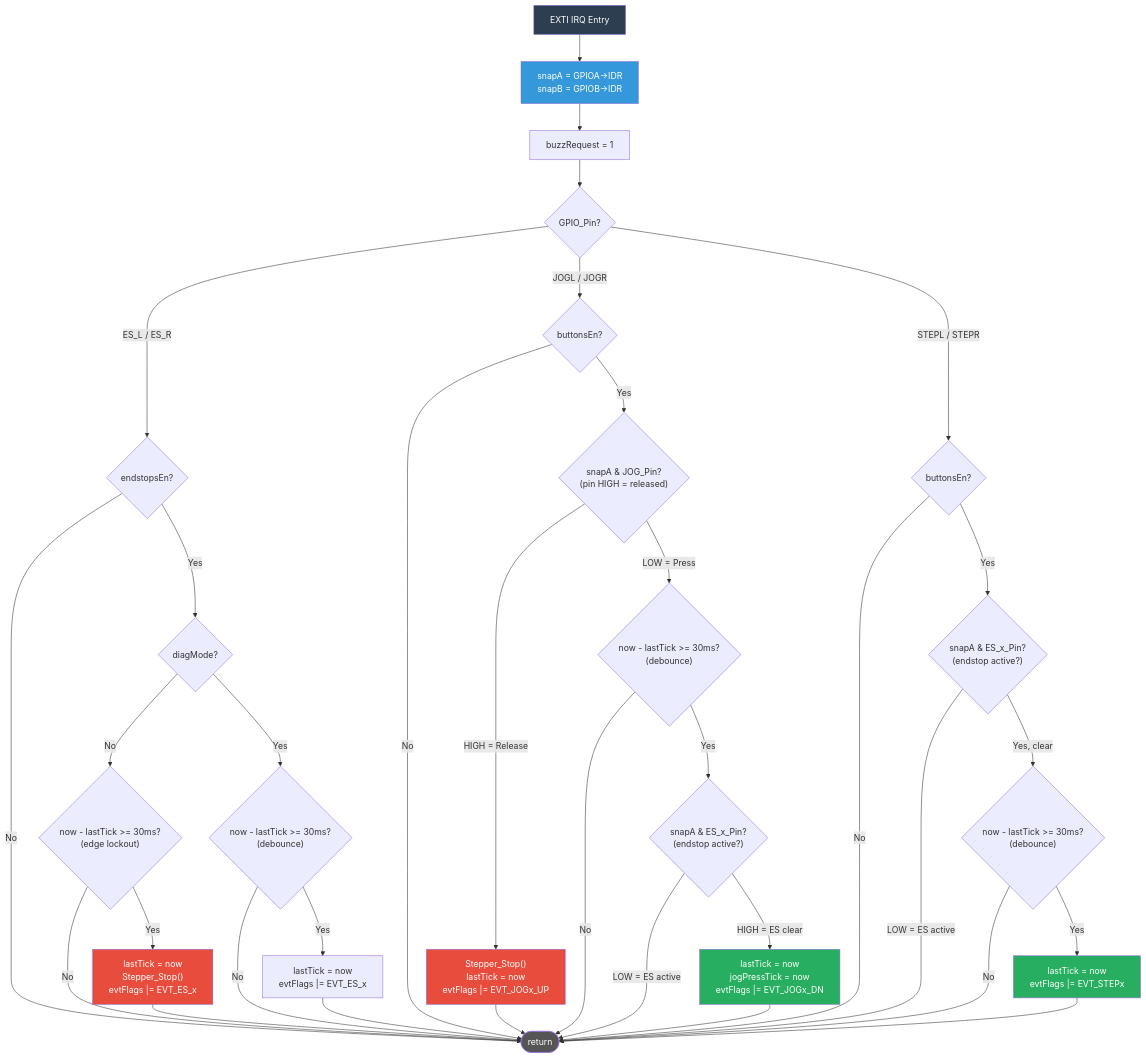
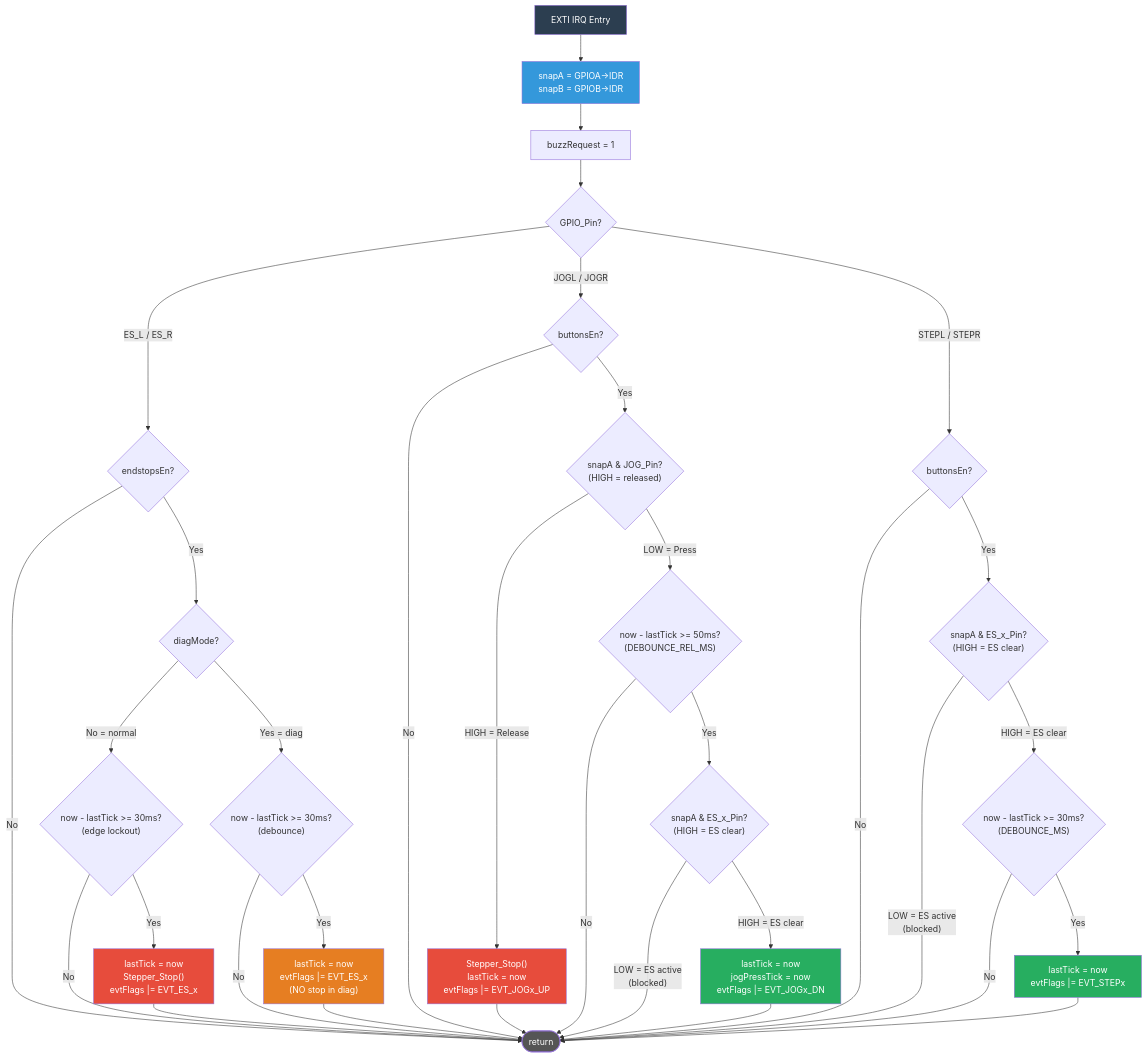
Before and after one commit to smooker/scstepper: the diagram in docs/exti_isr_flow.md, drawn with Mermaid. The commit also changed other lines of this file and 4 other files, not shown here.

First line of the commit message:
Fix jog bounce re-press, update docs and ISR flow diagram

````diff
--- a/docs/exti_isr_flow.md
+++ b/docs/exti_isr_flow.md
@@ -3,55 +3,56 @@
 ```mermaid
 flowchart TD
     ENTRY[EXTI IRQ Entry] --> SNAP["snapA = GPIOA->IDR\nsnapB = GPIOB->IDR"]
     SNAP --> BEEP[buzzRequest = 1]
     BEEP --> SW{GPIO_Pin?}
 
     %% ---- Endstops ----
     SW -->|ES_L / ES_R| ES_EN{endstopsEn?}
     ES_EN -->|No| EXIT([return])
     ES_EN -->|Yes| ES_DIAG{diagMode?}
 
-    ES_DIAG -->|No| ES_LOCK{"now - lastTick >= 30ms?\n(edge lockout)"}
+    ES_DIAG -->|No = normal| ES_LOCK{"now - lastTick >= 30ms?\n(edge lockout)"}
     ES_LOCK -->|No| EXIT
     ES_LOCK -->|Yes| ES_ACT["lastTick = now\nStepper_Stop()\nevtFlags |= EVT_ES_x"]
     ES_ACT --> EXIT
 
-    ES_DIAG -->|Yes| ES_DEB{"now - lastTick >= 30ms?\n(debounce)"}
+    ES_DIAG -->|Yes = diag| ES_DEB{"now - lastTick >= 30ms?\n(debounce)"}
     ES_DEB -->|No| EXIT
-    ES_DEB -->|Yes| ES_DACT["lastTick = now\nevtFlags |= EVT_ES_x"]
+    ES_DEB -->|Yes| ES_DACT["lastTick = now\nevtFlags |= EVT_ES_x\n(NO stop in diag)"]
     ES_DACT --> EXIT
 
     %% ---- Jog buttons ----
     SW -->|JOGL / JOGR| JOG_EN{buttonsEn?}
     JOG_EN -->|No| EXIT
-    JOG_EN -->|Yes| JOG_EDGE{"snapA & JOG_Pin?\n(pin HIGH = released)"}
+    JOG_EN -->|Yes| JOG_EDGE{"snapA & JOG_Pin?\n(HIGH = released)"}
 
     JOG_EDGE -->|HIGH = Release| JOG_REL["Stepper_Stop()\nlastTick = now\nevtFlags |= EVT_JOGx_UP"]
     JOG_REL --> EXIT
 
-    JOG_EDGE -->|LOW = Press| JOG_DEB{"now - lastTick >= 30ms?\n(debounce)"}
+    JOG_EDGE -->|LOW = Press| JOG_DEB{"now - lastTick >= 50ms?\n(DEBOUNCE_REL_MS)"}
     JOG_DEB -->|No| EXIT
-    JOG_DEB -->|Yes| JOG_ES{"snapA & ES_x_Pin?\n(endstop active?)"}
-    JOG_ES -->|"LOW = ES active"| EXIT
+    JOG_DEB -->|Yes| JOG_ES{"snapA & ES_x_Pin?\n(HIGH = ES clear)"}
+    JOG_ES -->|"LOW = ES active\n(blocked)"| EXIT
     JOG_ES -->|"HIGH = ES clear"| JOG_ACT["lastTick = now\njogPressTick = now\nevtFlags |= EVT_JOGx_DN"]
     JOG_ACT --> EXIT
 
     %% ---- Step buttons ----
     SW -->|STEPL / STEPR| STEP_EN{buttonsEn?}
     STEP_EN -->|No| EXIT
-    STEP_EN -->|Yes| STEP_ES{"snapA & ES_x_Pin?\n(endstop active?)"}
-    STEP_ES -->|"LOW = ES active"| EXIT
-    STEP_ES -->|Yes, clear| STEP_DEB{"now - lastTick >= 30ms?\n(debounce)"}
+    STEP_EN -->|Yes| STEP_ES{"snapA & ES_x_Pin?\n(HIGH = ES clear)"}
+    STEP_ES -->|"LOW = ES active\n(blocked)"| EXIT
+    STEP_ES -->|"HIGH = ES clear"| STEP_DEB{"now - lastTick >= 30ms?\n(DEBOUNCE_MS)"}
     STEP_DEB -->|No| EXIT
     STEP_DEB -->|Yes| STEP_ACT["lastTick = now\nevtFlags |= EVT_STEPx"]
     STEP_ACT --> EXIT
 
     %% Styling
     style ENTRY fill:#2c3e50,color:#fff
     style EXIT fill:#555,color:#fff
     style SNAP fill:#3498db,color:#fff
     style ES_ACT fill:#e74c3c,color:#fff
+    style ES_DACT fill:#e67e22,color:#fff
     style JOG_REL fill:#e74c3c,color:#fff
     style JOG_ACT fill:#27ae60,color:#fff
     style STEP_ACT fill:#27ae60,color:#fff
 ```
````
